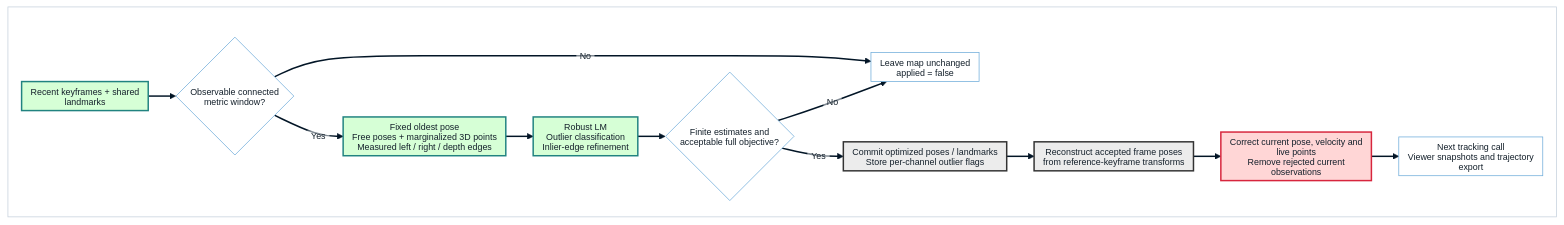
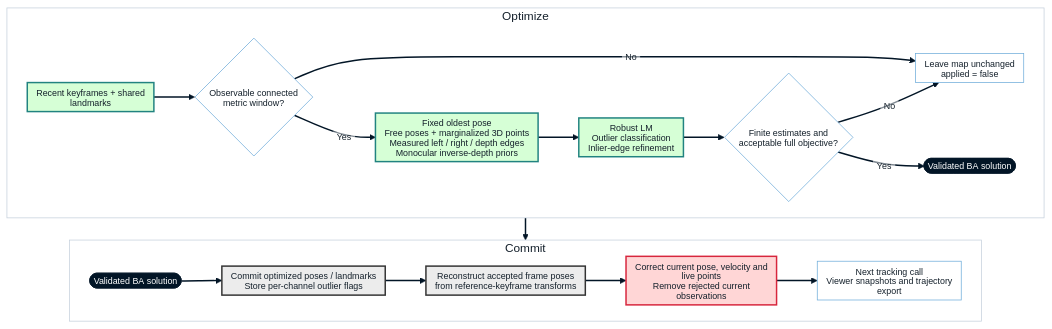
The third of 3 diagrams in docs/direct_slam.md (luigifreda/pyslam), drawn with Mermaid before and after one commit. The commit also changed other lines of this file and 69 other files, not shown here.

First line of the commit message:
Refactor direct SLAM image utils and reorganize docs diagrams

````diff
--- a/docs/direct_slam.md
+++ b/docs/direct_slam.md
@@ -204,28 +212,37 @@
 ```mermaid
-%%{init: {"theme": "base", "themeVariables": {"darkMode": false, "textColor": "#14202b", "nodeTextColor": "#14202b", "titleColor": "#14202b", "lineColor": "#021526", "primaryTextColor": "#14202b", "clusterBkg": "#ffffff", "clusterBorder": "#c5d0dc", "edgeLabelBackground": "#ffffff", "mainBkg": "#ffffff"}, "htmlLabels": false, "flowchart": {"htmlLabels": false, "nodeSpacing": 24, "rankSpacing": 12, "padding": 6}}}%%
+%%{init: {"theme": "base", "themeVariables": {"darkMode": false, "textColor": "#14202b", "nodeTextColor": "#14202b", "titleColor": "#14202b", "lineColor": "#021526", "primaryTextColor": "#14202b", "clusterBkg": "#ffffff", "clusterBorder": "#c5d0dc", "edgeLabelBackground": "#ffffff", "mainBkg": "#ffffff"}, "htmlLabels": false, "flowchart": {"htmlLabels": false, "nodeSpacing": 24, "rankSpacing": 30, "padding": 6}}}%%
 graph TD
     linkStyle default stroke:#021526,stroke-width:2px,font-size:12px;
     classDef moduleTracking fill:#FFD6D6,stroke:#D7263D,stroke-width:2px,color:#14202b,font-size:12px;
     classDef moduleLocalMapping fill:#D6FFD6,stroke:#218380,stroke-width:2px,color:#14202b,font-size:12px;
     classDef moduleMap fill:#ECECEC,stroke:#333333,stroke-width:2px,color:#14202b,font-size:12px;
     classDef component fill:#ffffff,stroke:#6EACDA,stroke-width:1px,color:#14202b,font-size:12px;
+    classDef row fill:#ffffff,stroke:#c5d0dc,color:#14202b;
+    classDef connector fill:#021526,stroke:#021526,color:#ffffff,font-size:12px;
 
-    subgraph plate [" "]
+    subgraph Solve_row ["Optimize"]
+    direction LR
     Window["Recent keyframes + shared landmarks"] --> Guard{"Observable connected<br>metric window?"}
     Guard -->|"No"| Unchanged["Leave map unchanged<br>applied = false"]
-    Guard -->|"Yes"| OptGraph["Fixed oldest pose<br>Free poses + marginalized 3D points<br>Measured left / right / depth edges"]
+    Guard -->|"Yes"| OptGraph["Fixed oldest pose<br>Free poses + marginalized 3D points<br>Measured left / right / depth edges<br>Monocular inverse-depth priors"]
     OptGraph --> Solve["Robust LM<br>Outlier classification<br>Inlier-edge refinement"]
     Solve --> Valid{"Finite estimates and<br>acceptable full objective?"}
     Valid -->|"No"| Unchanged
-    Valid -->|"Yes"| Map["Commit optimized poses / landmarks<br>Store per-channel outlier flags"]
+    Valid -->|"Yes"| ExitA(["Validated BA solution"])
+    end
+    subgraph Commit_row ["Commit"]
+    direction LR
+    EnterA(["Validated BA solution"]) --> Map["Commit optimized poses / landmarks<br>Store per-channel outlier flags"]
     Map --> Frames["Reconstruct accepted frame poses<br>from reference-keyframe transforms"]
     Frames --> Live["Correct current pose, velocity and live points<br>Remove rejected current observations"]
     Live --> Consumers["Next tracking call<br>Viewer snapshots and trajectory export"]
     end
-    style plate fill:#ffffff,stroke:#c5d0dc,color:#14202b
+    Solve_row --> Commit_row
+    class Solve_row,Commit_row row;
+    class ExitA,EnterA connector;
 
     class Window,OptGraph,Solve moduleLocalMapping;
     class Map,Frames moduleMap;
     class Live moduleTracking;
     class Guard,Valid,Unchanged,Consumers component;
 ```
````
